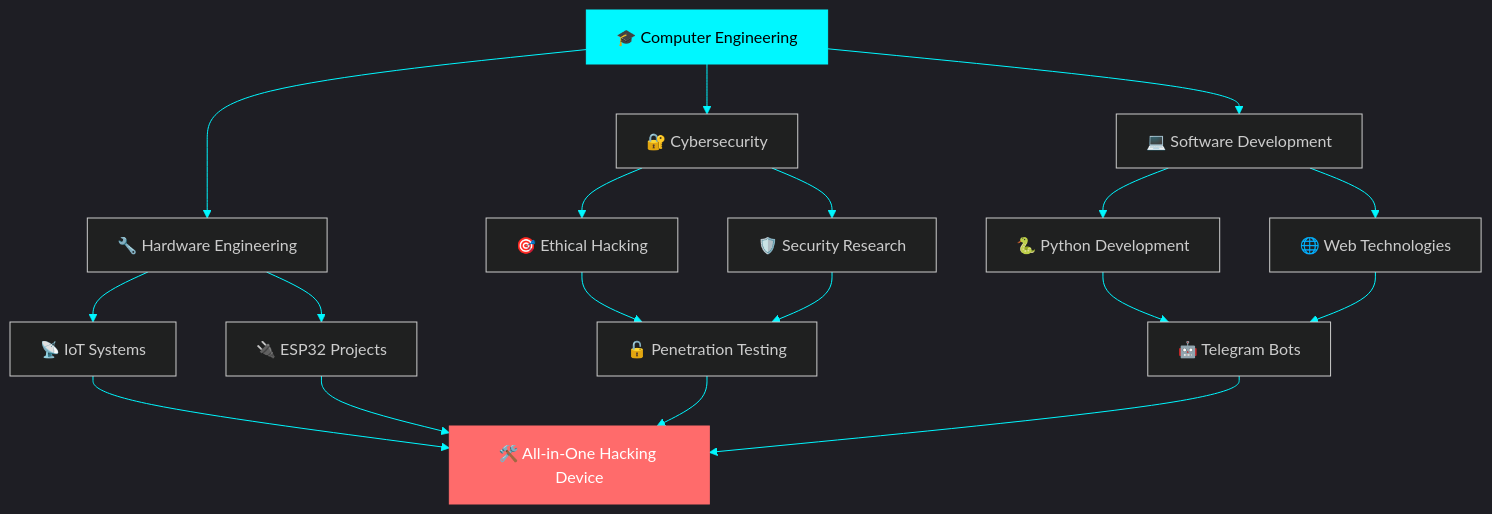
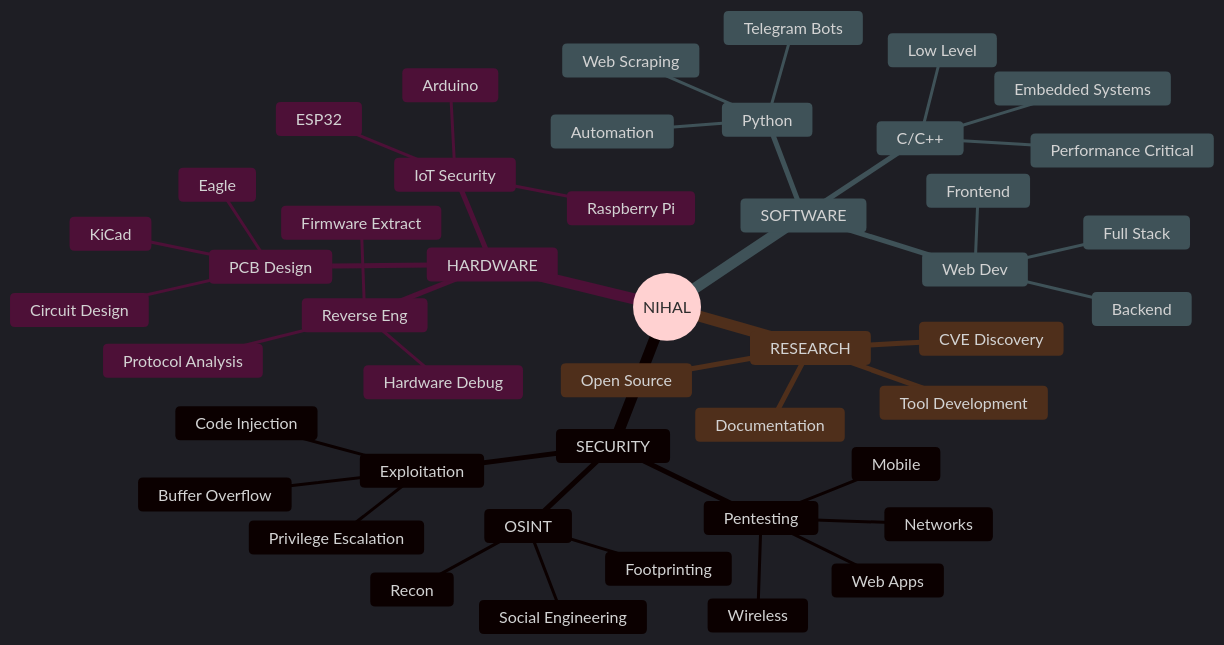
The diagram in README.md (Muhammednihalmp/Muhammednihalmp), drawn with Mermaid before and after one commit. The commit also changed other lines of this file, not shown here.

````diff
--- a/README.md
+++ b/README.md
@@ -285,30 +271,50 @@
 ```mermaid
-%%{init: {'theme':'dark', 'themeVariables': { 'primaryColor':'#00F7FF','primaryTextColor':'#fff','primaryBorderColor':'#00F7FF','lineColor':'#00F7FF','secondaryColor':'#0D1117','tertiaryColor':'#1a1a2e'}}}%%
-graph TB
-    A[🎓 Computer Engineering] --> B[🔐 Cybersecurity]
-    A --> C[💻 Software Development]
-    A --> D[🔧 Hardware Engineering]
-    
-    B --> E[🎯 Ethical Hacking]
-    B --> F[🛡️ Security Research]
-    
-    C --> G[🐍 Python Development]
-    C --> H[🌐 Web Technologies]
-    
-    D --> I[📡 IoT Systems]
-    D --> J[🔌 ESP32 Projects]
-    
-    E --> K[🔓 Penetration Testing]
-    F --> K
-    
-    G --> L[🤖 Telegram Bots]
-    H --> L
-    
-    I --> M[🛠️ All-in-One Hacking Device]
-    J --> M
-    K --> M
-    L --> M
-    
-    style A fill:#00F7FF,stroke:#00F7FF,color:#000
-    style M fill:#FF6B6B,stroke:#FF6B6B,color:#fff
+%%{init: {'theme':'dark', 'themeVariables': { 'primaryColor':'#00F7FF','primaryTextColor':'#FFF','primaryBorderColor':'#00F7FF','lineColor':'#00F7FF','secondaryColor':'#FF6B6B','tertiaryColor':'#764ba2','noteTextColor':'#FFF','noteBkgColor':'#0D1117','textColor':'#FFF'}}}%%
+mindmap
+  root((NIHAL))
+    SECURITY
+      Pentesting
+        Web Apps
+        Networks
+        Wireless
+        Mobile
+      OSINT
+        Recon
+        Footprinting
+        Social Engineering
+      Exploitation
+        Buffer Overflow
+        Code Injection
+        Privilege Escalation
+    HARDWARE
+      IoT Security
+        ESP32
+        Arduino
+        Raspberry Pi
+      PCB Design
+        KiCad
+        Eagle
+        Circuit Design
+      Reverse Eng
+        Firmware Extract
+        Hardware Debug
+        Protocol Analysis
+    SOFTWARE
+      Python
+        Automation
+        Web Scraping
+        Telegram Bots
+      C/C++
+        Embedded Systems
+        Performance Critical
+        Low Level
+      Web Dev
+        Frontend
+        Backend
+        Full Stack
+    RESEARCH
+      CVE Discovery
+      Tool Development
+      Documentation
+      Open Source
 ```
````
